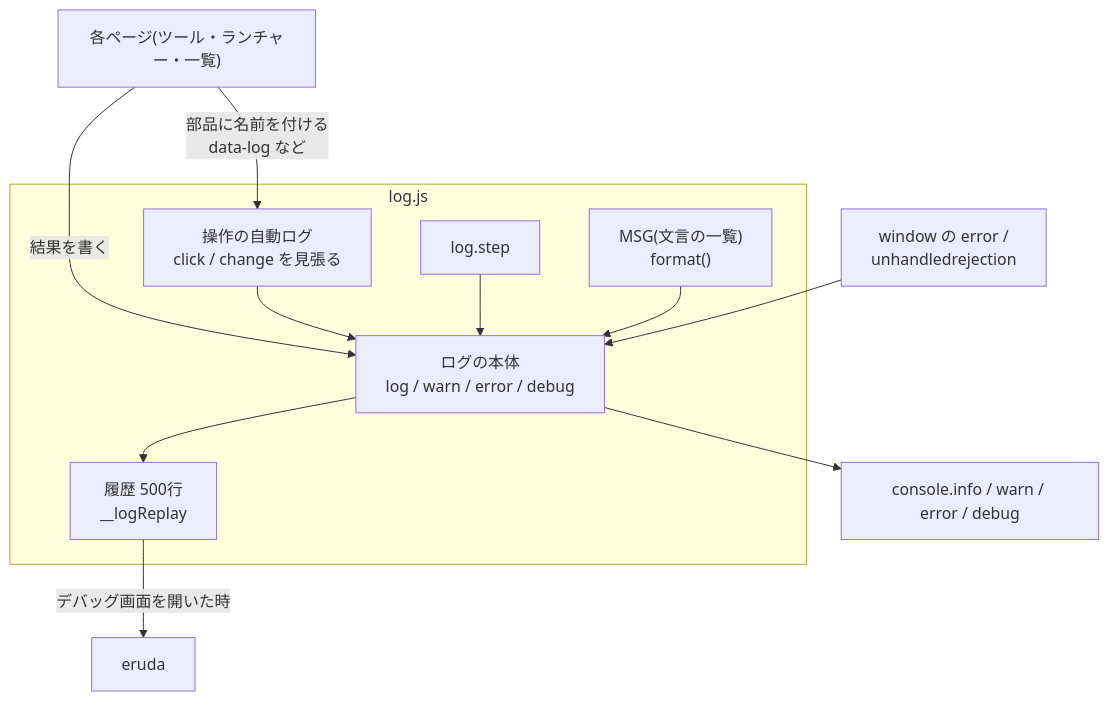
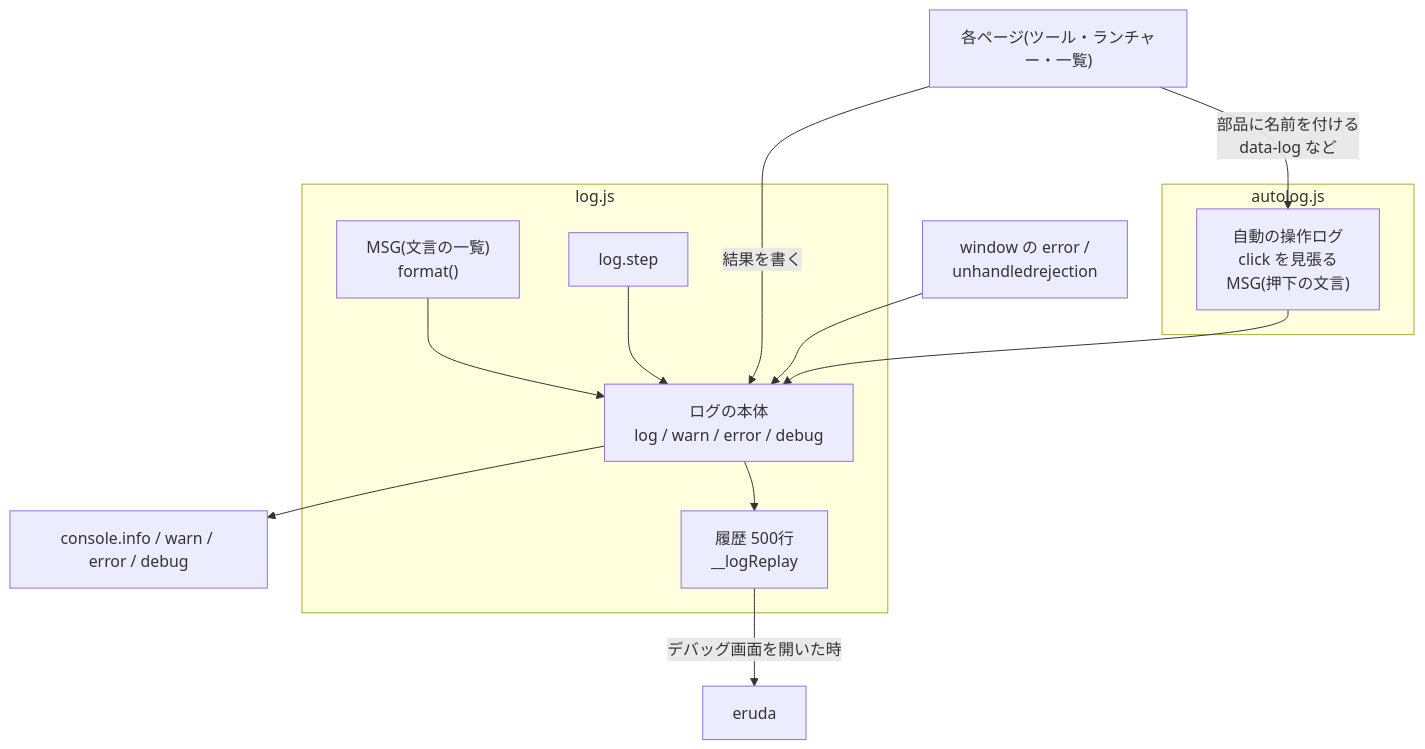
One commit to kougin-amamn/smartools changed the diagram in docs/design/log.md. Above: the diagram before and after it, drawn with Mermaid. The commit also changed other lines of this file and 59 other files, not shown here.

````diff
--- a/docs/design/log.md
+++ b/docs/design/log.md
@@ -26,19 +29,21 @@
 ```mermaid
 flowchart TB
   subgraph log.js
     MSG["MSG(文言の一覧)<br>format()"]
     CORE["ログの本体<br>log / warn / error / debug"]
     BUF["履歴 500行<br>__logReplay"]
     STEP["log.step"]
-    AUTO["操作の自動ログ<br>click / change を見張る"]
+  end
+  subgraph autolog.js
+    AUTO["自動の操作ログ<br>click を見張る<br>MSG(押下の文言)"]
   end
   PAGE["各ページ(ツール・ランチャー・一覧)"] -->|結果を書く| CORE
   PAGE -->|部品に名前を付ける<br>data-log など| AUTO
   AUTO --> CORE
   STEP --> CORE
   MSG --> CORE
   CORE --> CON["console.info / warn / error / debug"]
   CORE --> BUF
   BUF -->|デバッグ画面を開いた時| ERUDA["eruda"]
   ERR["window の error /<br>unhandledrejection"] --> CORE
 ```
````
